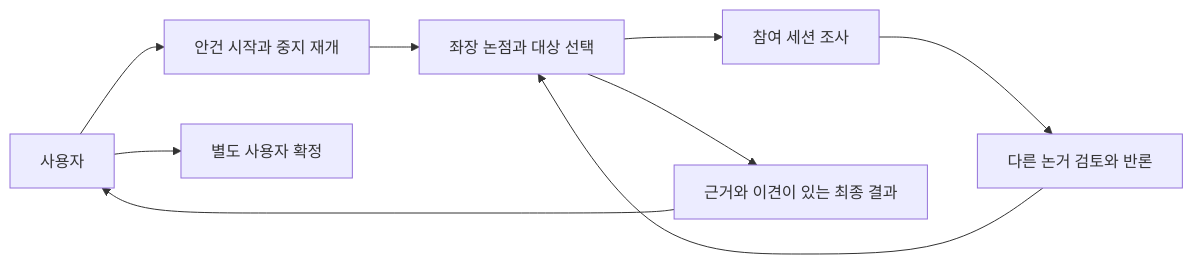
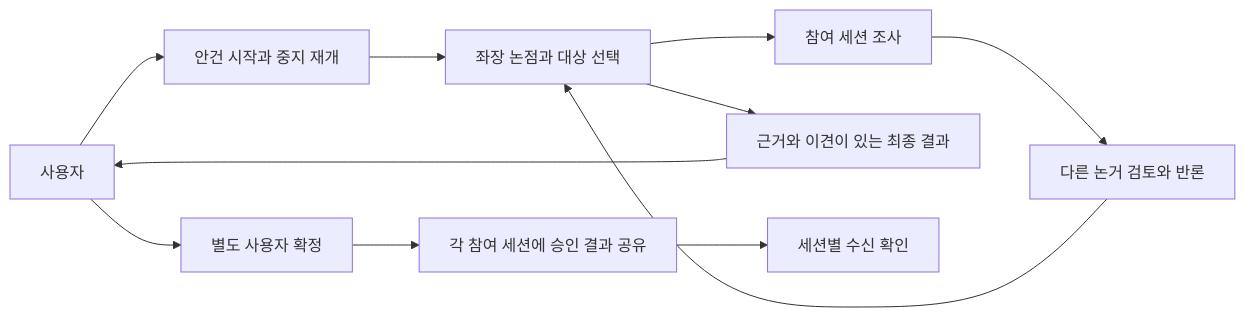
Before and after one commit to JJHbrams/inter-session-orchastrator: the second of 6 diagrams in docs/design/0010-agenda-deliberation.md, drawn with Mermaid. The commit also changed other lines of this file and 2 other files, not shown here.

````diff
--- a/docs/design/0010-agenda-deliberation.md
+++ b/docs/design/0010-agenda-deliberation.md
@@ -102,11 +144,13 @@
 ```mermaid
 flowchart LR
  U[사용자] --> A[안건 시작과 중지 재개]
  A --> C[좌장 논점과 대상 선택]
  C --> P[참여 세션 조사]
  P --> R[다른 논거 검토와 반론]
  R --> C
  C --> F[근거와 이견이 있는 최종 결과]
  F --> U
  U --> H[별도 사용자 확정]
+ H --> N[각 참여 세션에 승인 결과 공유]
+ N --> ACK[세션별 수신 확인]
 ```
````
